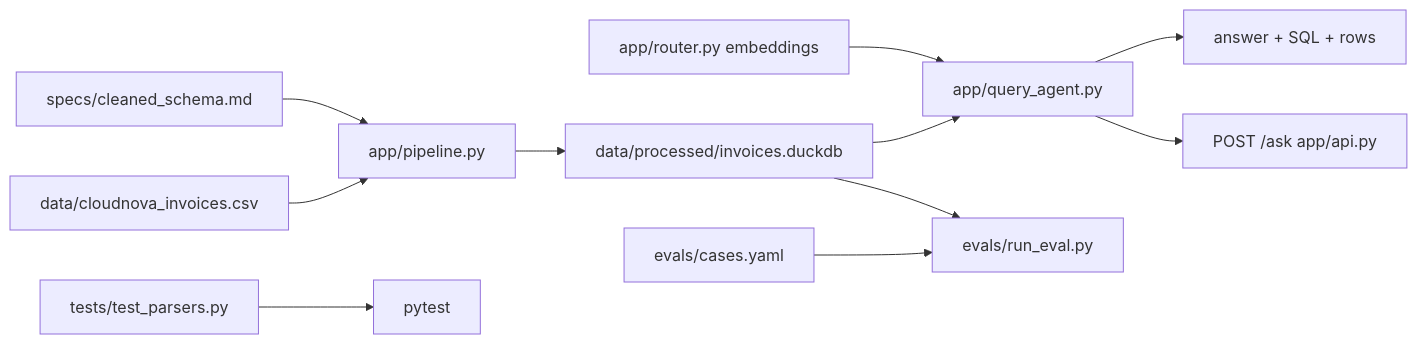
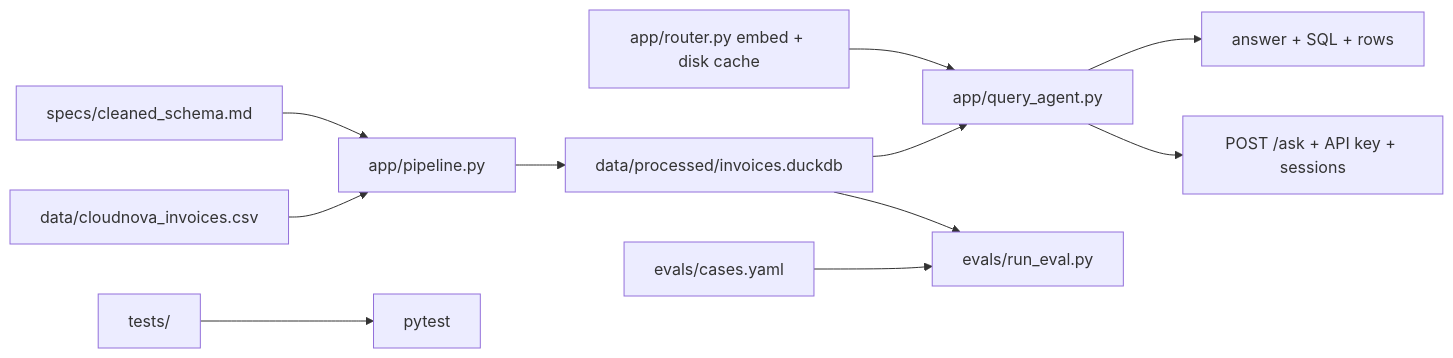
One commit to mnbrshd/opsguru-assignment changed the diagram in docs/architecture.md. Above: the diagram before and after it, drawn with Mermaid. The commit also changed other lines of this file and 10 other files, not shown here.

First line of the commit message:
Add API auth, embed disk cache, multi-turn, and offline overlap routing

````diff
--- a/docs/architecture.md
+++ b/docs/architecture.md
@@ -5,13 +3,13 @@
 ```mermaid
 flowchart LR
   rawCsv["data/cloudnova_invoices.csv"] --> clean["app/pipeline.py"]
   spec["specs/cleaned_schema.md"] --> clean
   clean --> duck["data/processed/invoices.duckdb"]
   duck --> ask["app/query_agent.py"]
-  router["app/router.py embeddings"] --> ask
+  router["app/router.py embed + disk cache"] --> ask
   ask --> out["answer + SQL + rows"]
-  ask --> api["POST /ask app/api.py"]
+  ask --> api["POST /ask + API key + sessions"]
   evals["evals/cases.yaml"] --> harness["evals/run_eval.py"]
   duck --> harness
-  tests["tests/test_parsers.py"] --> pytest["pytest"]
+  tests["tests/"] --> pytest["pytest"]
 ```
````
